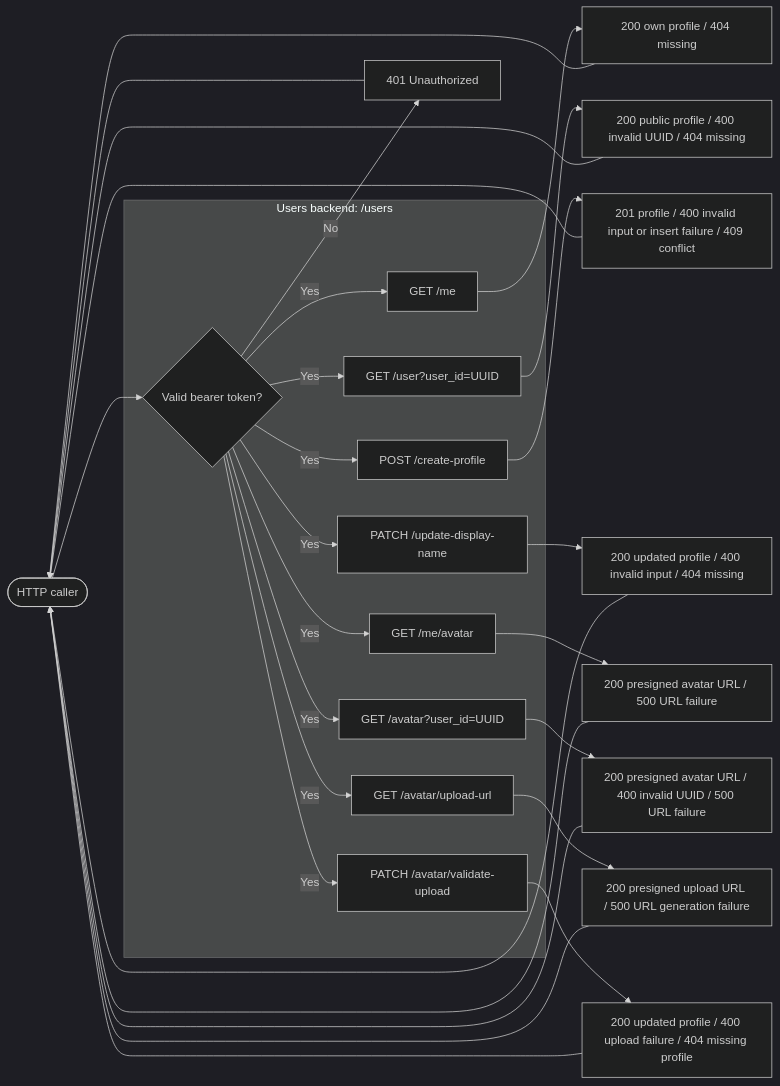
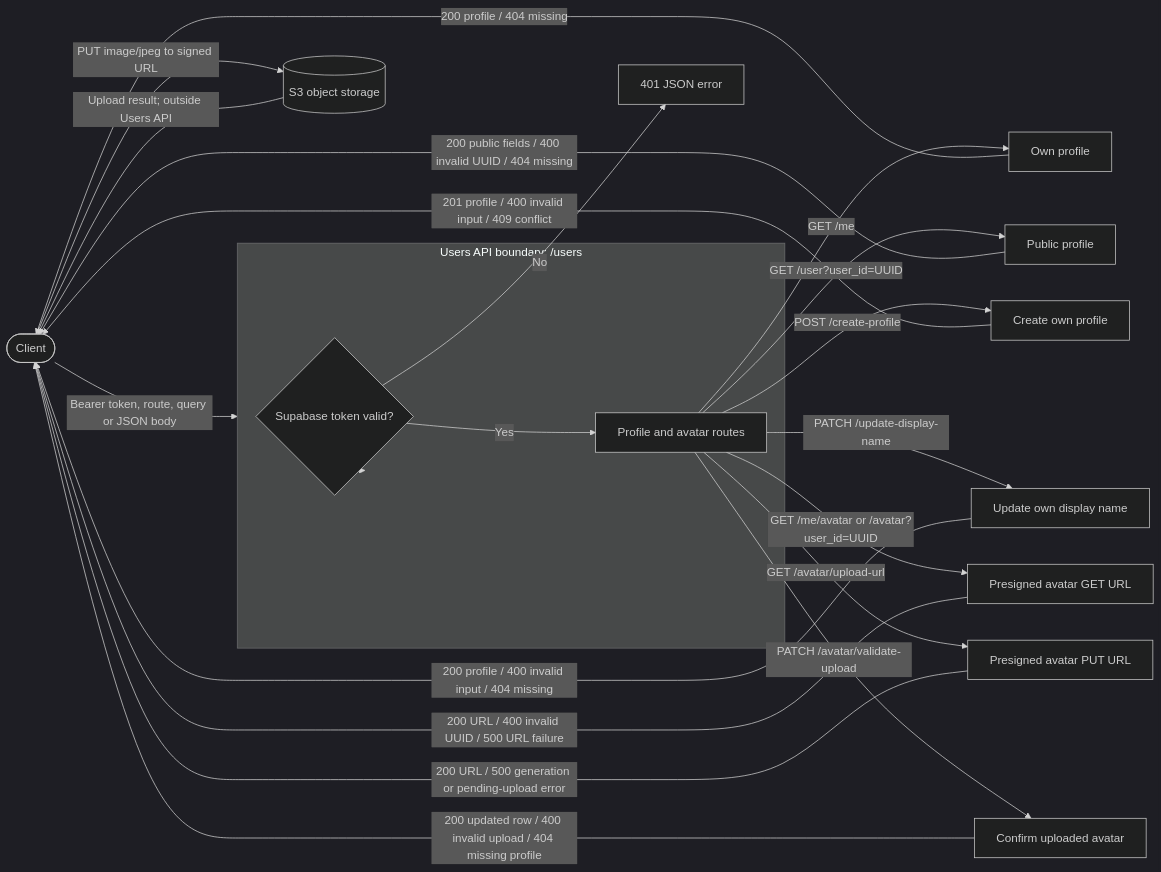
The first of 2 diagrams in docs/users/users-diagrams.md (Annguyenini/no_name), drawn with Mermaid (dark theme) before and after one commit. The commit also changed other lines of this file and 16 other files, not shown here.

````diff
--- a/docs/users/users-diagrams.md
+++ b/docs/users/users-diagrams.md
@@ -7,32 +5,27 @@
 ```mermaid
 flowchart LR
-    Caller([HTTP caller]) --> AUTH{Valid bearer token?}
-    subgraph Backend[Users backend: /users]
-        AUTH -- Yes --> M[GET /me]
-        AUTH -- Yes --> P[GET /user?user_id=UUID]
-        AUTH -- Yes --> C[POST /create-profile]
-        AUTH -- Yes --> D[PATCH /update-display-name]
-        AUTH -- Yes --> MA[GET /me/avatar]
-        AUTH -- Yes --> A[GET /avatar?user_id=UUID]
-        AUTH -- Yes --> U[GET /avatar/upload-url]
-        AUTH -- Yes --> V[PATCH /avatar/validate-upload]
+    Client([Client]) -->|Bearer token, route, query or JSON body| Boundary
+    subgraph Boundary[Users API boundary: /users]
+        Guard{Supabase token valid?}
+        Routes[Profile and avatar routes]
     end
-    AUTH -- No --> UNAUTH[401 Unauthorized]
-    M --> MR[200 own profile / 404 missing]
-    P --> PR[200 public profile / 400 invalid UUID / 404 missing]
-    C --> CR[201 profile / 400 invalid input or insert failure / 409 conflict]
-    D --> DR[200 updated profile / 400 invalid input / 404 missing]
-    MA --> MAR[200 presigned avatar URL / 500 URL failure]
-    A --> AR[200 presigned avatar URL / 400 invalid UUID / 500 URL failure]
-    U --> UR[200 presigned upload URL / 500 URL generation failure]
-    V --> VR[200 updated profile / 400 upload failure / 404 missing profile]
-    UNAUTH --> Caller
-    MR --> Caller
-    PR --> Caller
-    CR --> Caller
-    DR --> Caller
-    MAR --> Caller
-    AR --> Caller
-    UR --> Caller
-    VR --> Caller
+    Boundary --> Guard
+    Guard -->|No| Unauthorized[401 JSON error]
+    Guard -->|Yes| Routes
+    Routes -->|GET /me| OwnProfile[Own profile]
+    Routes -->|GET /user?user_id=UUID| PublicProfile[Public profile]
+    Routes -->|POST /create-profile| Create[Create own profile]
+    Routes -->|PATCH /update-display-name| Update[Update own display name]
+    Routes -->|GET /me/avatar or /avatar?user_id=UUID| GetAvatar[Presigned avatar GET URL]
+    Routes -->|GET /avatar/upload-url| UploadUrl[Presigned avatar PUT URL]
+    Routes -->|PATCH /avatar/validate-upload| Verify[Confirm uploaded avatar]
+    OwnProfile -->|200 profile / 404 missing| Client
+    PublicProfile -->|200 public fields / 400 invalid UUID / 404 missing| Client
+    Create -->|201 profile / 400 invalid input / 409 conflict| Client
+    Update -->|200 profile / 400 invalid input / 404 missing| Client
+    GetAvatar -->|200 URL / 400 invalid UUID / 500 URL failure| Client
+    UploadUrl -->|200 URL / 500 generation or pending-upload error| Client
+    Verify -->|200 updated row / 400 invalid upload / 404 missing profile| Client
+    Client -->|PUT image/jpeg to signed URL| S3[(S3 object storage)]
+    S3 -->|Upload result; outside Users API| Client
 ```
````
